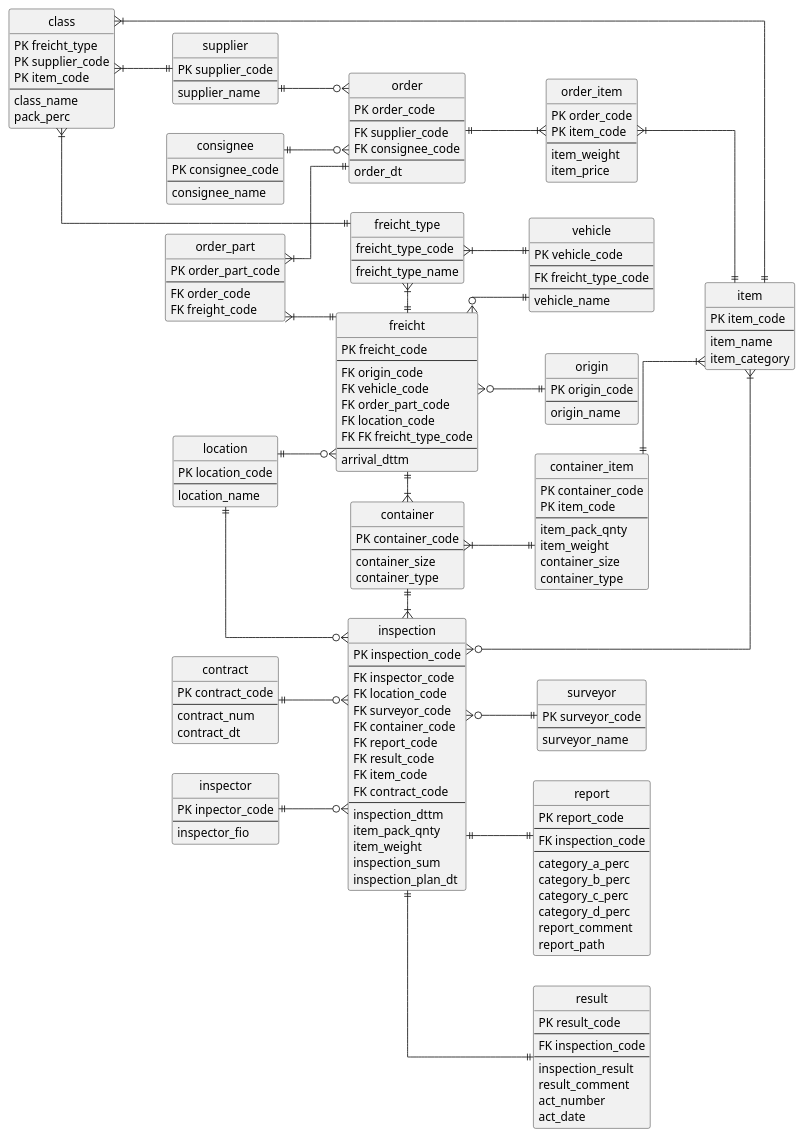
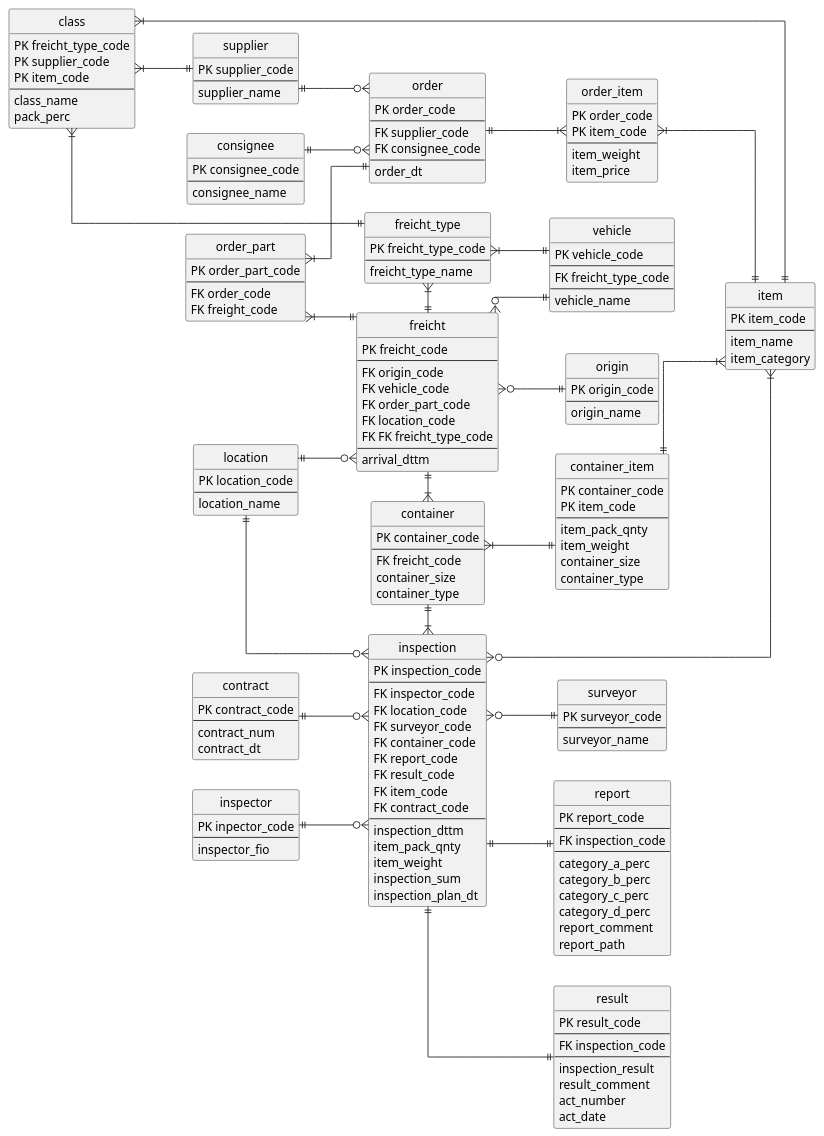
The diagram in 01_dwh_design/08_project/erd/inspections_3nf.puml (rsnlearn/karpov_hard_de_40), drawn with PlantUML before and after one commit.

```diff
--- a/01_dwh_design/08_project/erd/inspections_3nf.puml
+++ b/01_dwh_design/08_project/erd/inspections_3nf.puml
@@ -34,7 +34,7 @@
 }
 
 entity freicht_type {
-    freicht_type_code
+    PK freicht_type_code
     --
     freicht_type_name
 }
@@ -42,6 +42,7 @@
 entity container {
     PK container_code
     --
+    FK freicht_code
     container_size
     container_type
 }
@@ -168,7 +169,7 @@
 }
 
 entity class {
-    PK freicht_type
+    PK freicht_type_code
     PK supplier_code
     PK item_code
     --
```
